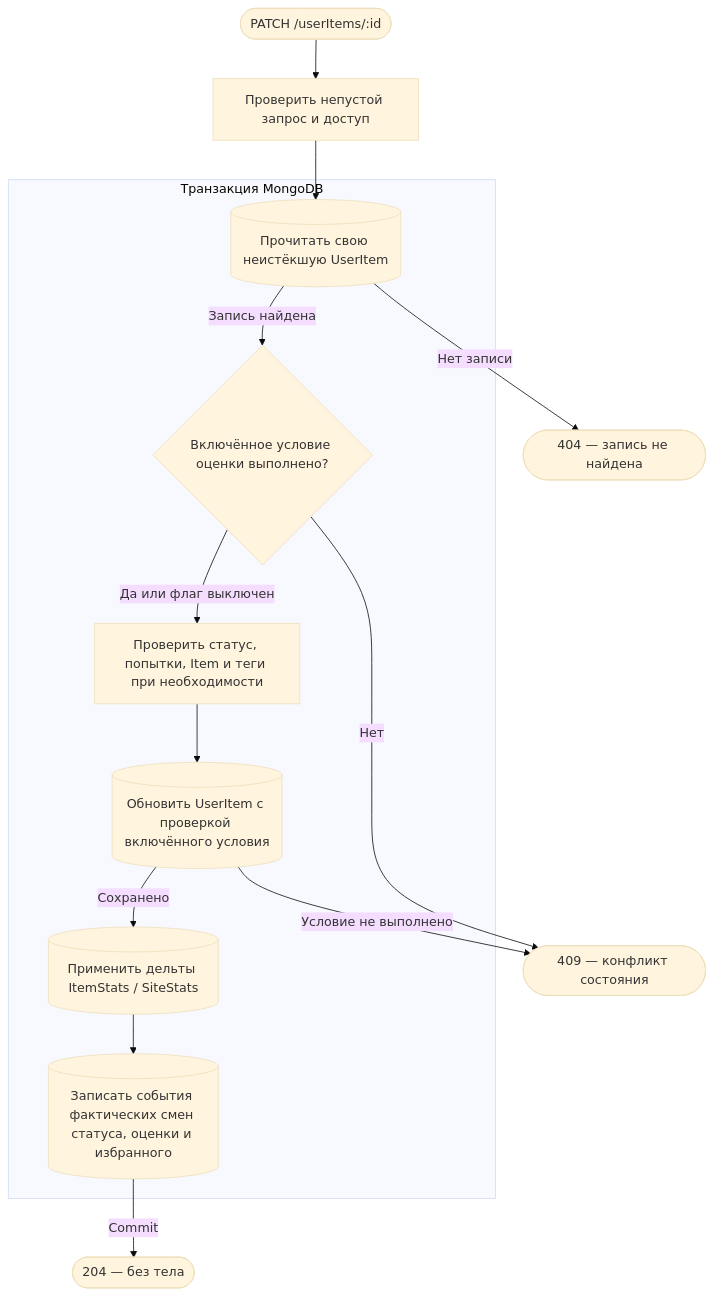
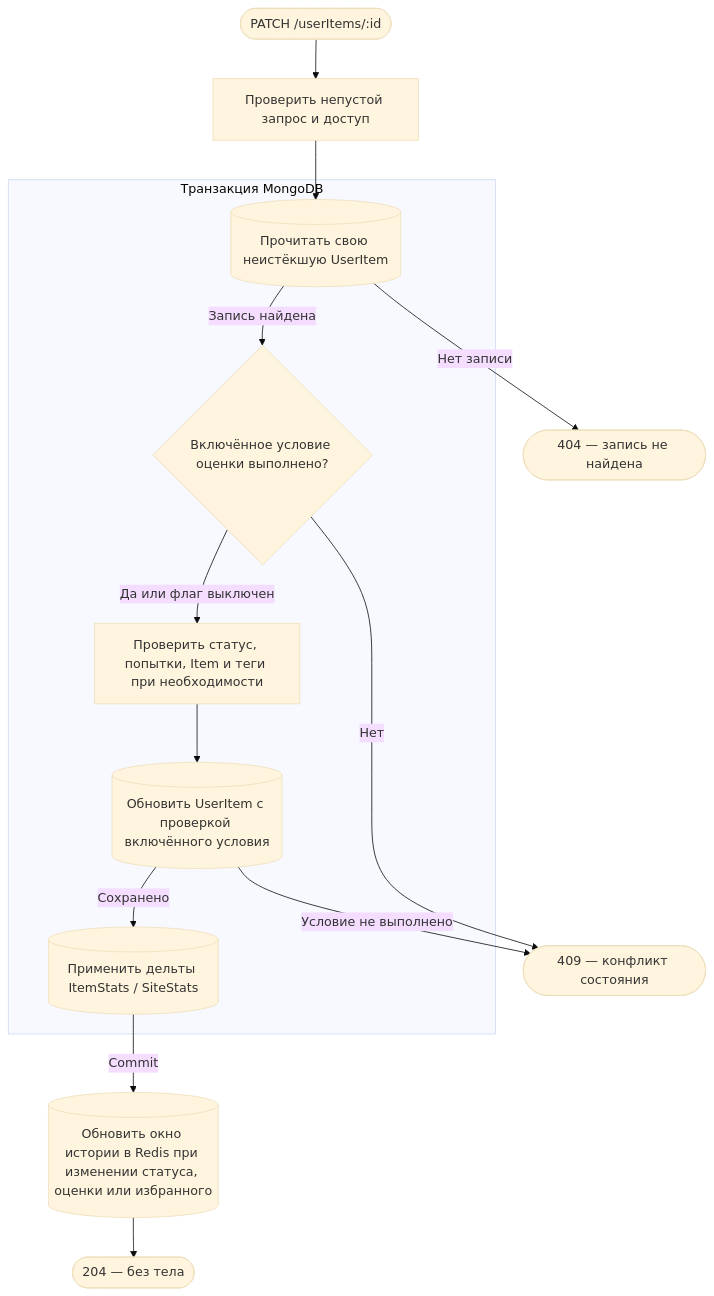
Before and after one commit to AmyGrooove/f95-tinder: the sixth of 9 diagrams in apps/api/public/docs/api/requestFlows/userItems.md, drawn with Mermaid (base theme). The commit also changed other lines of this file and 130 other files, not shown here.

````diff
--- a/apps/api/public/docs/api/requestFlows/userItems.md
+++ b/apps/api/public/docs/api/requestFlows/userItems.md
@@ -136,19 +138,19 @@
 ```mermaid
 flowchart TD
     accTitle: Изменение записи библиотеки
     accDescr: Прочитать собственную UserItem, проверить условия обновления и сохранить запись со статистикой в одной транзакции
     A(["PATCH /userItems/:id"]):::http --> B["Проверить непустой запрос и доступ"]:::action
     subgraph TX["Транзакция MongoDB"]
         C[("Прочитать свою неистёкшую UserItem")]:::data
         C -->|Запись найдена| K{"Включённое условие оценки выполнено?"}:::action
         K -->|Да или флаг выключен| D["Проверить статус, попытки, Item и теги при необходимости"]:::action
         D --> E[("Обновить UserItem с проверкой включённого условия")]:::data
         E -->|Сохранено| S[("Применить дельты ItemStats / SiteStats")]:::data
-        S --> H[("Записать события фактических смен статуса, оценки и избранного")]:::data
     end
     B --> C
     C -->|Нет записи| N(["404 — запись не найдена"]):::http
     K -->|Нет| F(["409 — конфликт состояния"]):::http
     E -->|Условие не выполнено| F
-    H -->|Commit| R(["204 — без тела"]):::http
+    S -->|Commit| H[("Обновить окно истории в Redis при изменении статуса, оценки или избранного")]:::data
+    H --> R(["204 — без тела"]):::http
 ```
````
